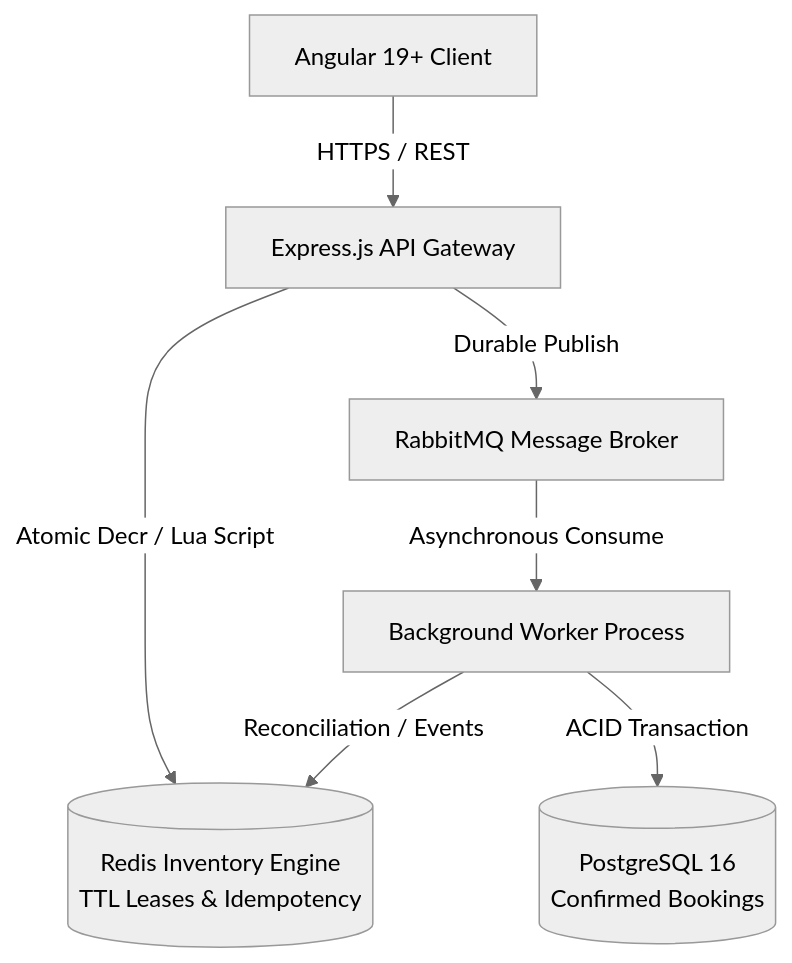
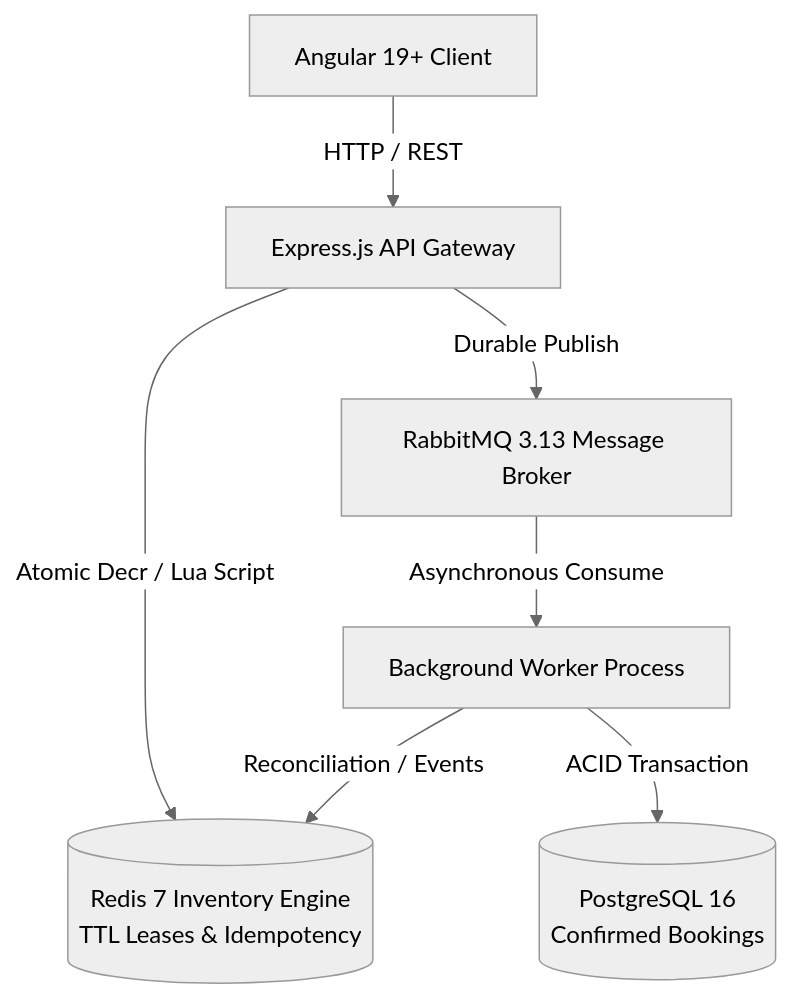
Before and after one commit to SurajMnnit/DropShield: the diagram in README.md, drawn with Mermaid (neutral theme). The commit also changed other lines of this file and 6 other files, not shown here.

````diff
--- a/README.md
+++ b/README.md
@@ -11,9 +11,9 @@
 ```mermaid
 flowchart TD
-    Client["Angular 19+ Client"] -->|HTTPS / REST| API["Express.js API Gateway"]
-    API -->|Atomic Decr / Lua Script| Redis[("Redis Inventory Engine\nTTL Leases & Idempotency")]
-    API -->|Durable Publish| RMQ["RabbitMQ Message Broker"]
+    Client["Angular 19+ Client"] -->|HTTP / REST| API["Express.js API Gateway"]
+    API -->|Atomic Decr / Lua Script| Redis[("Redis 7 Inventory Engine\nTTL Leases & Idempotency")]
+    API -->|Durable Publish| RMQ["RabbitMQ 3.13 Message Broker"]
     RMQ -->|Asynchronous Consume| Worker["Background Worker Process"]
     Worker -->|ACID Transaction| DB[("PostgreSQL 16\nConfirmed Bookings")]
     Worker -->|Reconciliation / Events| Redis
 ```
````
